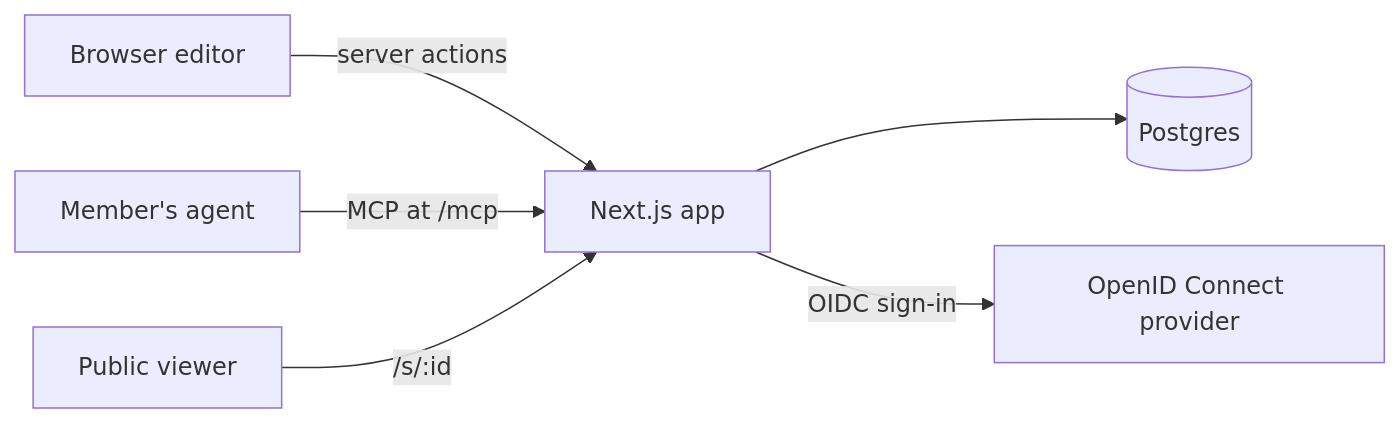
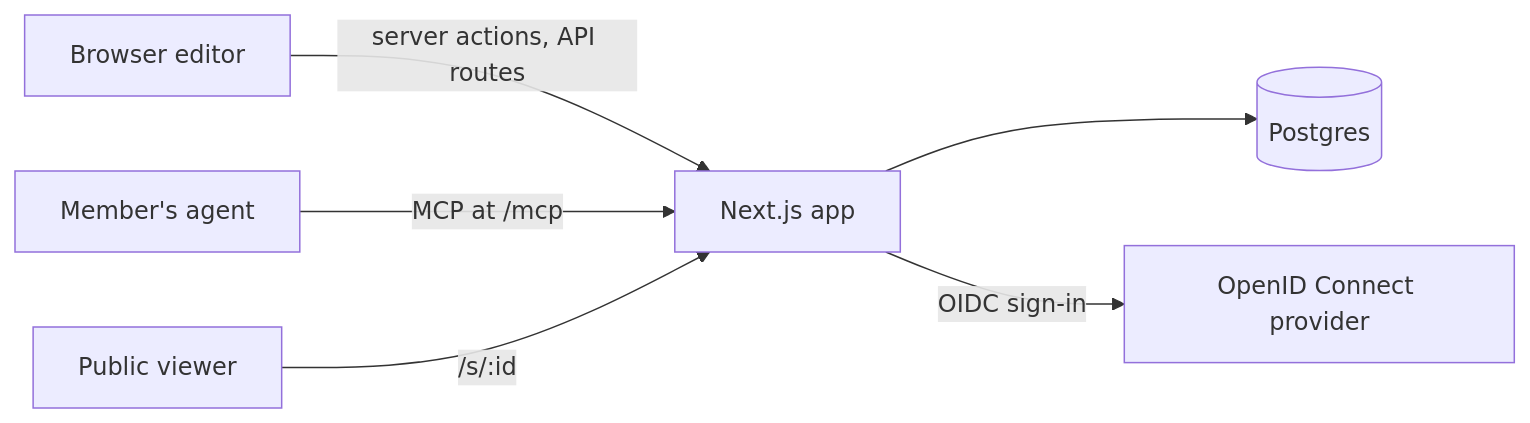
One commit to zyx1121/slide changed the diagram in PLAN.md. Above: the diagram before and after it, drawn with Mermaid. The commit also changed other lines of this file and 5 other files, not shown here.

````diff
--- a/PLAN.md
+++ b/PLAN.md
@@ -26,8 +26,8 @@
 ```mermaid
 flowchart LR
-  E[Browser editor] -->|server actions| A[Next.js app]
+  E[Browser editor] -->|server actions, API routes| A[Next.js app]
   G[Member's agent] -->|MCP at /mcp| A
   V[Public viewer] -->|/s/:id| A
   A --> D[(Postgres)]
   A -->|OIDC sign-in| O[OpenID Connect provider]
 ```
````
